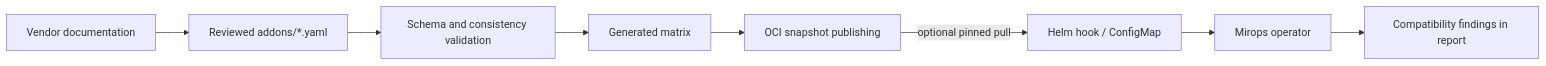
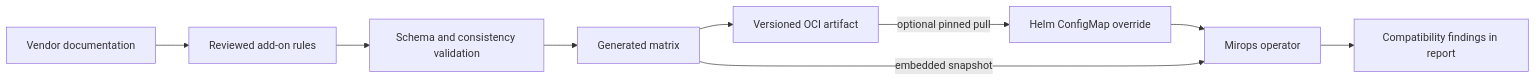
Before and after one commit to miropshq/mirops-compat: the diagram in README.md, drawn with Mermaid. The commit also changed other lines of this file, not shown here.

Commit message:
docs: reconcile compatibility README with current catalog

````diff
--- a/README.md
+++ b/README.md
@@ -5,10 +5,11 @@
 ```mermaid
 flowchart LR
-  D[Vendor documentation] --> A[Reviewed addons/*.yaml]
-  A --> S[Schema and consistency validation]
-  S --> G[Generated matrix]
-  G --> P[OCI snapshot publishing]
-  P -->|optional pinned pull| H[Helm hook / ConfigMap]
-  H --> O[Mirops operator]
-  O --> R[Compatibility findings in report]
+  D[Vendor documentation] --> A[Reviewed add-on rules]
+  A --> V[Schema and consistency validation]
+  V --> G[Generated matrix]
+  G --> O[Versioned OCI artifact]
+  O -->|optional pinned pull| C[Helm ConfigMap override]
+  C --> M[Mirops operator]
+  G -->|embedded snapshot| M
+  M --> R[Compatibility findings in report]
 ```
````
